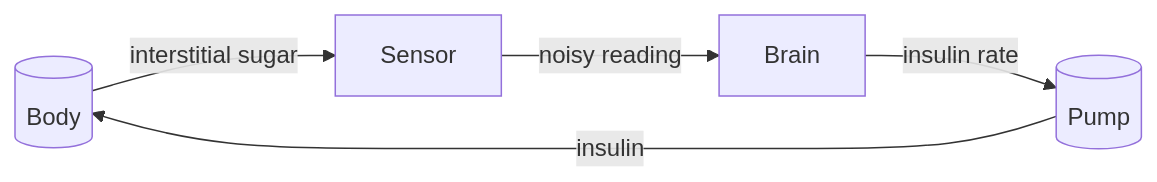
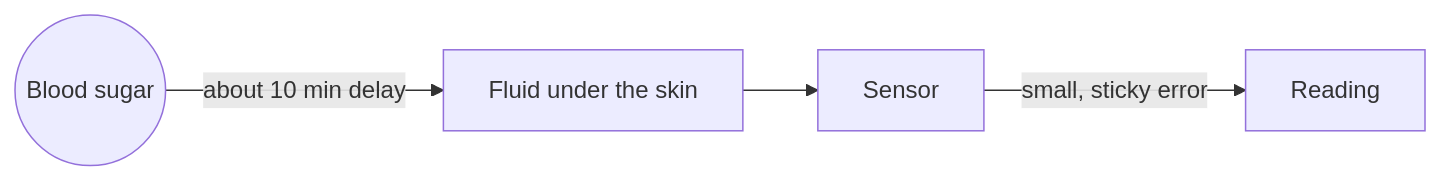
Before and after one commit to jodli/tir-tuner: the diagram in docs/patient/sensor.md, drawn with Mermaid. The commit also changed other lines of this file and 18 other files, not shown here.

````diff
--- a/docs/patient/sensor.md
+++ b/docs/patient/sensor.md
@@ -37,7 +28,6 @@
 ```mermaid
 flowchart LR
-    V[(Body)] -->|interstitial sugar| S[Sensor]
-    S -->|noisy reading| B[Brain]
-    B[Brain] -->|insulin rate| P[(Pump)]
-    P -->|insulin| V
+    B((Blood sugar)) -->|"about 10 min delay"| F[Fluid under the skin]
+    F --> S[Sensor]
+    S -->|"small, sticky error"| R[Reading]
 ```
````
